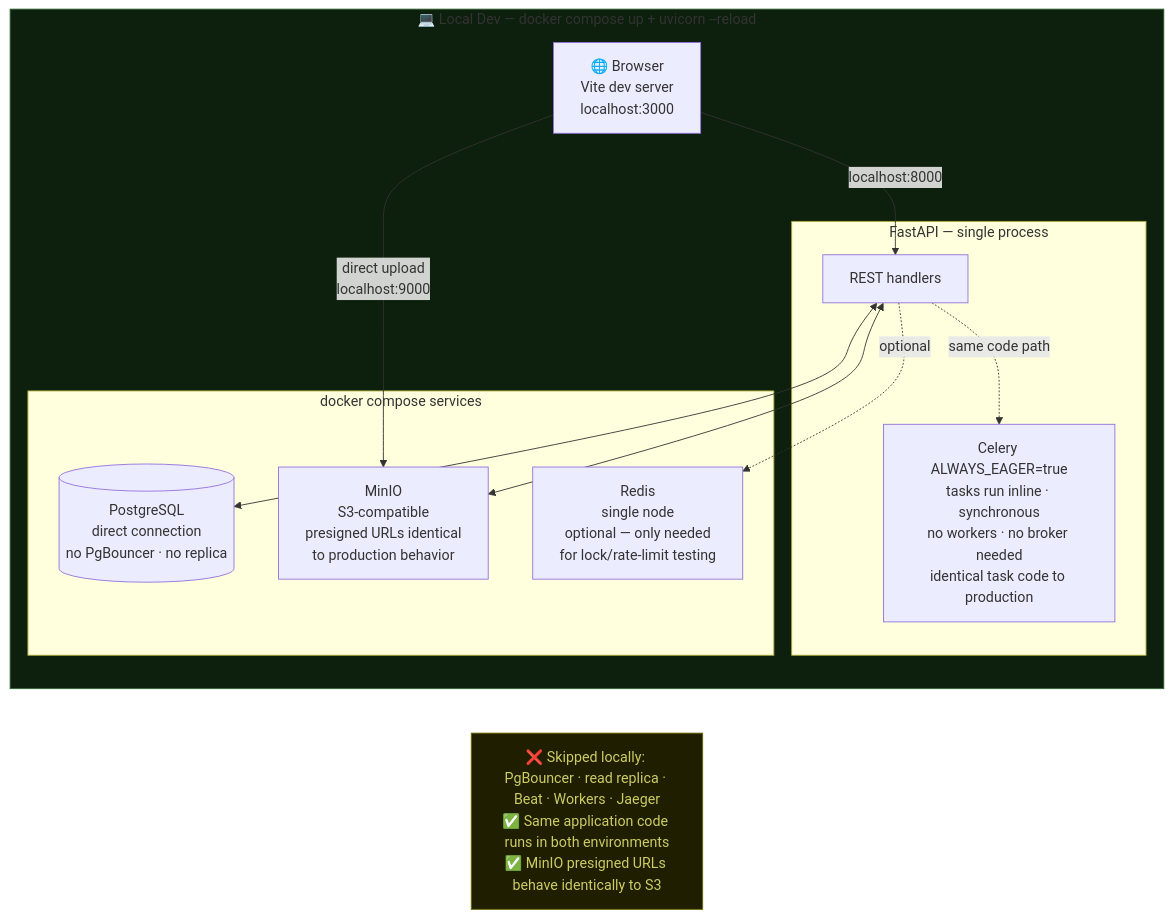
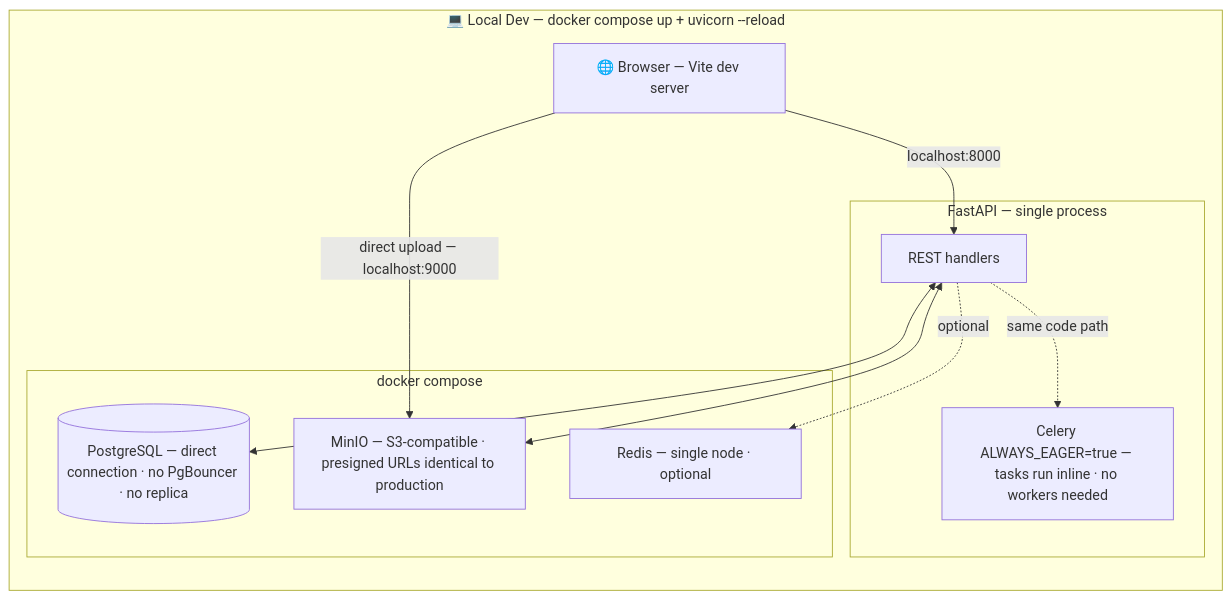
Before and after one commit to MrAnde7son/hakuna: the fourth of 4 diagrams in docs/architecture-scalability.md, drawn with Mermaid. The commit also changed other lines of this file and 5 other files, not shown here.

````diff
--- a/docs/architecture-scalability.md
+++ b/docs/architecture-scalability.md
@@ -221,31 +199,24 @@
 ```mermaid
 flowchart LR
     subgraph local["💻 Local Dev — docker compose up + uvicorn --reload"]
-        direction TB
-
-        B2["🌐 Browser<br/>Vite dev server<br/>localhost:3000"]
+        B2["🌐 Browser — Vite dev server"]
 
         subgraph FP["FastAPI — single process"]
             API2["REST handlers"]
-            EC["Celery ALWAYS_EAGER=true<br/>tasks run inline · synchronous<br/>no workers · no broker needed<br/>identical task code to production"]
+            EC["Celery ALWAYS_EAGER=true — tasks run inline · no workers needed"]
             API2 -.->|same code path| EC
         end
 
-        subgraph DC["docker compose services"]
-            PG2[("PostgreSQL<br/>direct connection<br/>no PgBouncer · no replica")]
-            RD2["Redis<br/>single node<br/>optional — only needed<br/>for lock/rate-limit testing"]
-            MN["MinIO<br/>S3-compatible<br/>presigned URLs identical<br/>to production behavior"]
+        subgraph DC["docker compose"]
+            PG2[("PostgreSQL — direct connection · no PgBouncer · no replica")]
+            RD2["Redis — single node · optional"]
+            MN["MinIO — S3-compatible · presigned URLs identical to production"]
         end
 
         B2 -->|localhost:8000| API2
-        B2 -->|"direct upload<br/>localhost:9000"| MN
+        B2 -->|"direct upload — localhost:9000"| MN
         API2 <--> PG2
         API2 <--> MN
         API2 -.->|optional| RD2
     end
-
-    note["❌ Skipped locally: PgBouncer · read replica · Beat · Workers · Jaeger<br/>✅ Same application code runs in both environments<br/>✅ MinIO presigned URLs behave identically to S3"]
-
-    style local fill:#0d1f0d,stroke:#336633
-    style note fill:#1f1f00,stroke:#666600,color:#cccc66
 ```
````
